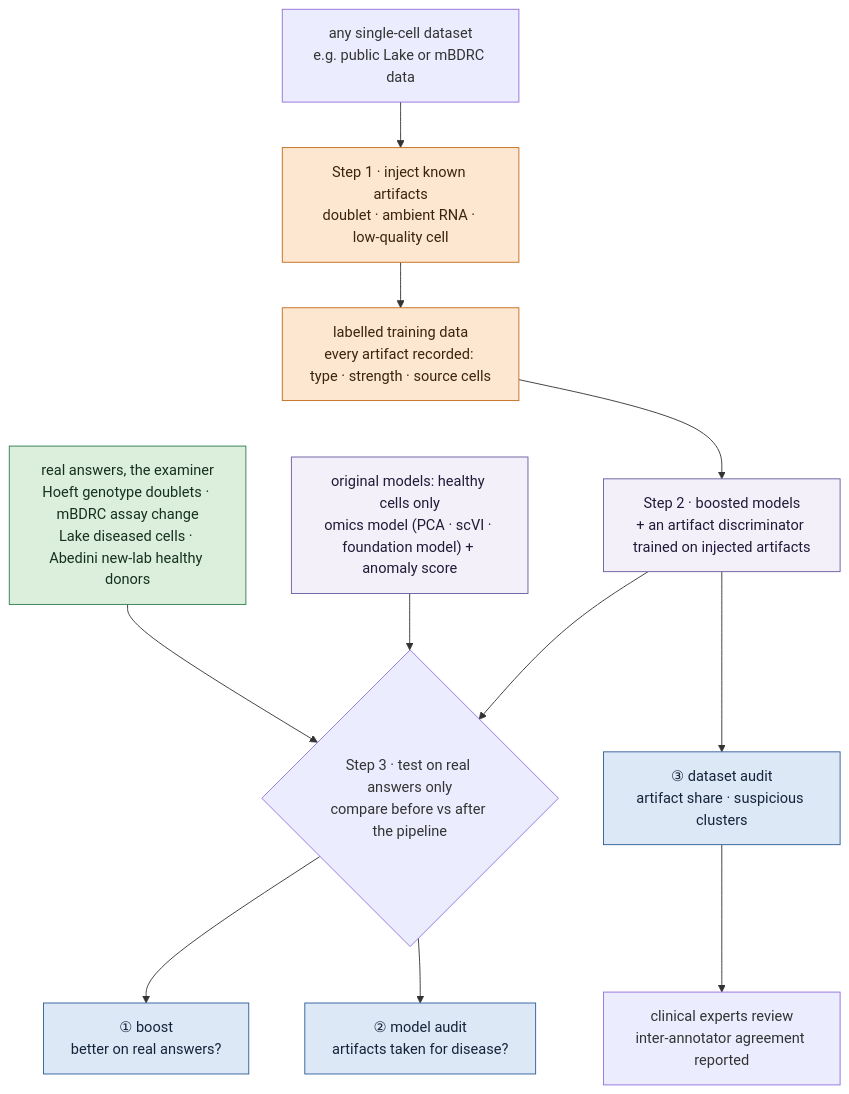
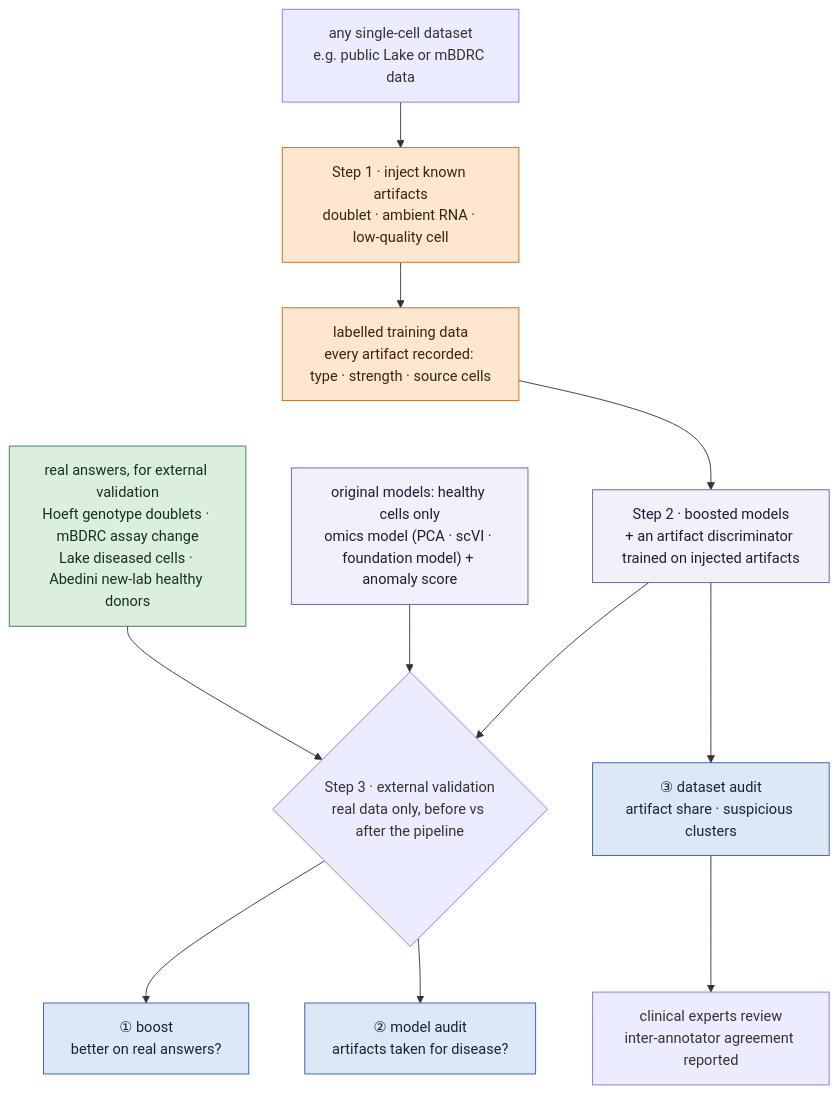
The first of 2 diagrams in docs/research/anomaly-benchmark.md (jasonjin34/Medical_reading_material), drawn with Mermaid before and after one commit. The commit also changed other lines of this file and 2 other files, not shown here.

First line of the commit message:
artifact-injection topic: one storyline (inject, boost, external validation)

````diff
--- a/docs/research/anomaly-benchmark.md
+++ b/docs/research/anomaly-benchmark.md
@@ -73,23 +84,23 @@
 ```mermaid
 flowchart TB
   D["any single-cell dataset<br/>e.g. public Lake or mBDRC data"] --> P["Step 1 · inject known artifacts<br/>doublet · ambient RNA · low-quality cell"]
   P --> L["labelled training data<br/>every artifact recorded: type · strength · source cells"]
-  L ~~~ R["real answers, the examiner<br/>Hoeft genotype doublets · mBDRC assay change<br/>Lake diseased cells · Abedini new-lab healthy donors"]
+  L ~~~ R["real answers, for external validation<br/>Hoeft genotype doublets · mBDRC assay change<br/>Lake diseased cells · Abedini new-lab healthy donors"]
   L ~~~ M0["original models: healthy cells only<br/>omics model (PCA · scVI · foundation model) + anomaly score"]
   L --> M1["Step 2 · boosted models<br/>+ an artifact discriminator trained on injected artifacts"]
-  M0 --> C{"Step 3 · test on real answers only<br/>compare before vs after the pipeline"}
+  M0 --> C{"Step 3 · external validation<br/>real data only, before vs after the pipeline"}
   M1 --> C
   R --> C
   C --> U1["① boost<br/>better on real answers?"]
   C --> U2["② model audit<br/>artifacts taken for disease?"]
   M1 --> U3["③ dataset audit<br/>artifact share · suspicious clusters"]
   U3 --> E["clinical experts review<br/>inter-annotator agreement reported"]
   classDef inj fill:#fde7d0,stroke:#c46a1a,color:#3a2410
   classDef real fill:#dcefdc,stroke:#2f7d4f,color:#16301f
   classDef use fill:#dde8f6,stroke:#2f5d9a,color:#14243a
   classDef model fill:#f3f0fa,stroke:#6b5a9e,color:#221a38
   class P,L inj
   class R real
   class U1,U2,U3 use
   class M0,M1 model
 ```
````
